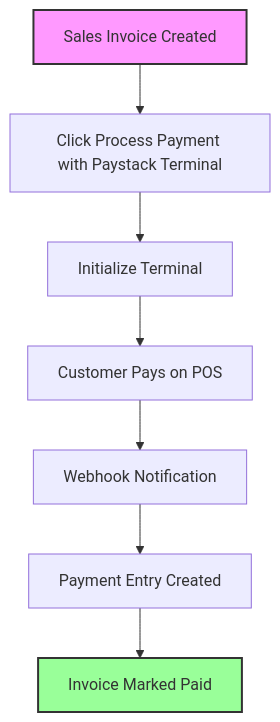
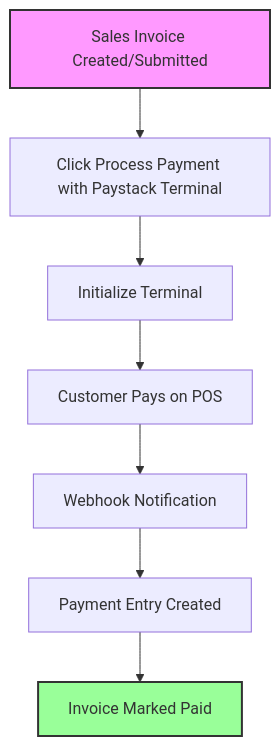
One commit to ajakaiye33/paystack_terminal changed the diagram in README.md. Above: the diagram before and after it, drawn with Mermaid. The commit also changed other lines of this file, not shown here.

Commit message:
readmecorrected

````diff
--- a/README.md
+++ b/README.md
@@ -7,12 +7,12 @@
 ```mermaid
 graph TD
 
-A[Sales Invoice Created] --> B[Click Process Payment with Paystack Terminal]
+A[Sales Invoice Created/Submitted] --> B[Click Process Payment with Paystack Terminal]
 B --> C[Initialize Terminal]
 C --> D[Customer Pays on POS]
 D --> E[Webhook Notification]
 E --> F[Payment Entry Created]
 F --> G[Invoice Marked Paid]
 style A fill:#f9f,stroke:#333,stroke-width:2px
 style G fill:#9f9,stroke:#333,stroke-width:2px
 ```
````
